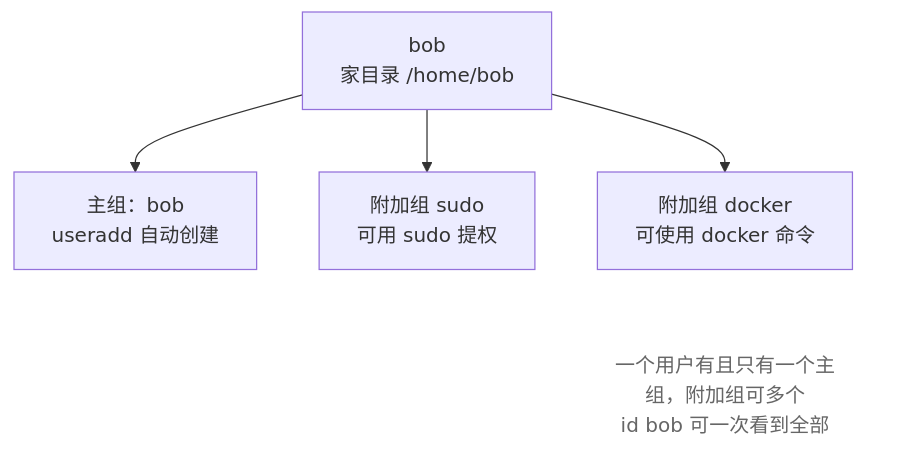
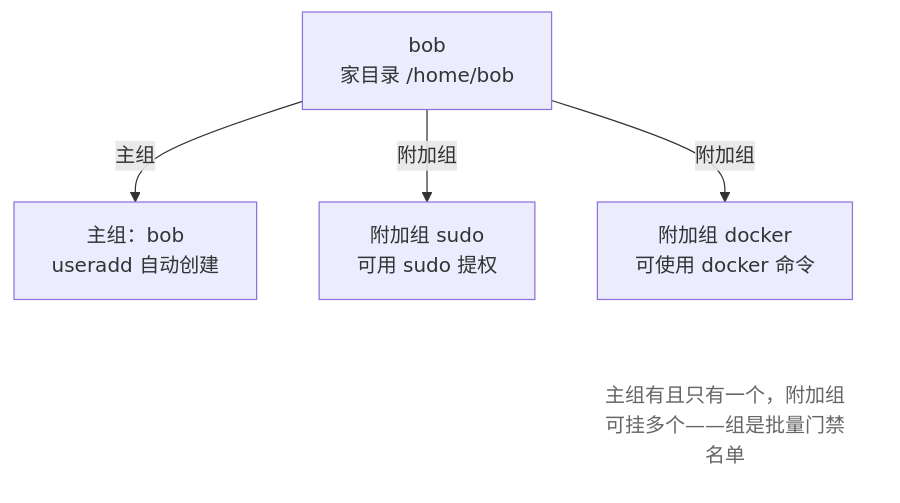
Before and after one commit to wangxiangnan/wangxiangnan.github.io: the second of 2 diagrams in src/linux-command/ch10.md, drawn with Mermaid. The commit also changed other lines of this file and 25 other files, not shown here.

````diff
--- a/src/linux-command/ch10.md
+++ b/src/linux-command/ch10.md
@@ -168,14 +168,15 @@
 ```mermaid
 flowchart TB
     B["bob<br>家目录 /home/bob"]
     P["主组：bob<br>useradd 自动创建"]
     S["附加组 sudo<br>可用 sudo 提权"]
     D["附加组 docker<br>可使用 docker 命令"]
-    N["一个用户有且只有一个主组，附加组可多个<br>id bob 可一次看到全部"]
+    N["主组有且只有一个，附加组可挂多个——组是批量门禁名单"]
 
-    B --> P & S & D
+    B -->|主组| P
+    B -->|附加组| S & D
     D ~~~ N
 
     classDef note fill:none,stroke:none,color:#666
     class N note
 ```
````
